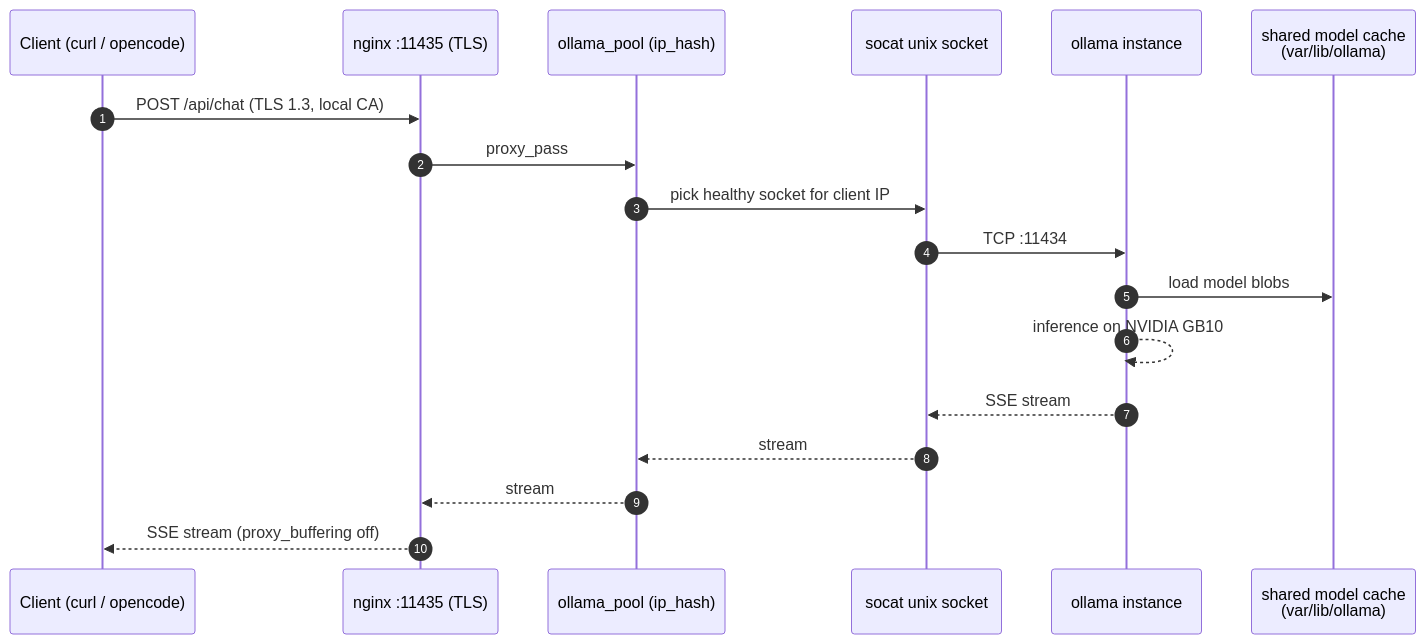
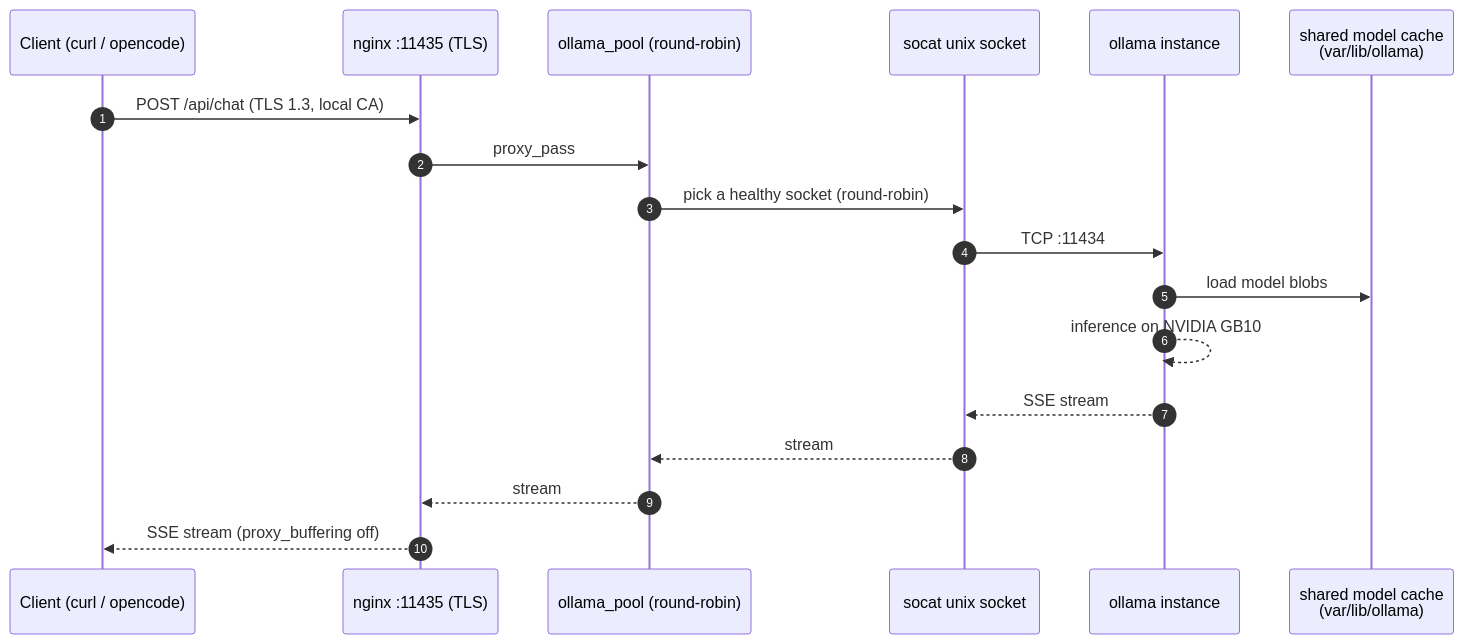
The diagram in docs/diagrams/request-flow.mmd (SpotDraft/ollama-serve), drawn with Mermaid before and after one commit. The commit also changed 8 other files, not shown here.

```diff
--- a/docs/diagrams/request-flow.mmd
+++ b/docs/diagrams/request-flow.mmd
@@ -1,19 +1,19 @@
 sequenceDiagram
     autonumber
     participant C as Client (curl / opencode)
     participant N as nginx :11435 (TLS)
-    participant UP as ollama_pool (ip_hash)
+    participant UP as ollama_pool (round-robin)
     participant SC as socat unix socket
     participant O as ollama instance
     participant M as shared model cache<br/>(var/lib/ollama)
 
     C->>N: POST /api/chat (TLS 1.3, local CA)
     N->>UP: proxy_pass
-    UP->>SC: pick healthy socket for client IP
+    UP->>SC: pick a healthy socket (round-robin)
     SC->>O: TCP :11434
     O->>M: load model blobs
     O-->>O: inference on NVIDIA GB10
     O-->>SC: SSE stream
     SC-->>UP: stream
     UP-->>N: stream
     N-->>C: SSE stream (proxy_buffering off)
```
